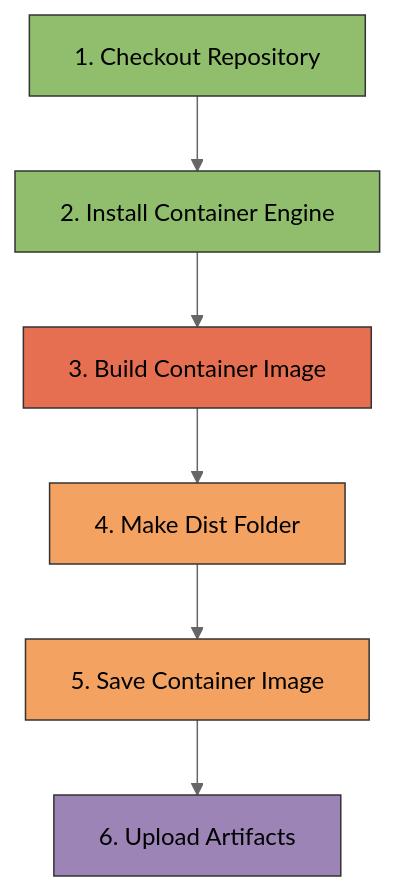
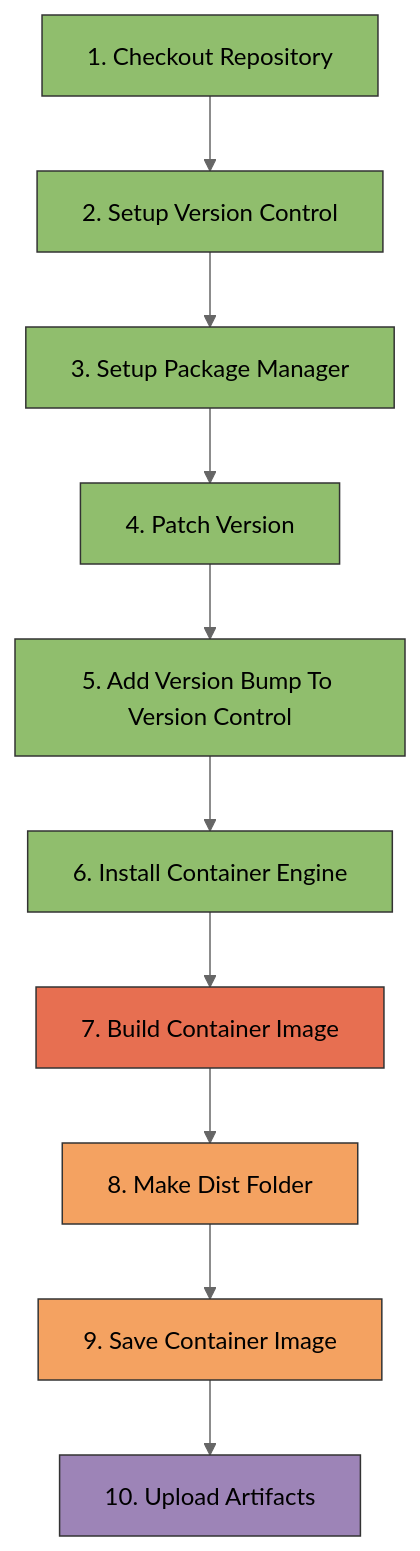
Before and after one commit to Winipedia/pyrig: the third of 3 diagrams in docs/configs/workflows/build.md, drawn with Mermaid (neutral theme). The commit also changed other lines of this file and 7 other files, not shown here.

Commit message:
wfs steps order and version patch for builds

````diff
--- a/docs/configs/workflows/build.md
+++ b/docs/configs/workflows/build.md
@@ -138,15 +149,23 @@
 ```mermaid
 graph TD
-    S1[1. Checkout Repository] --> S2[2. Install Container Engine]
-    S2 --> S3[3. Build Container Image]
-    S3 --> S4[4. Make Dist Folder]
-    S4 --> S5[5. Save Container Image]
-    S5 --> S6[6. Upload Artifacts]
+    S1[1. Checkout Repository] --> S2[2. Setup Version Control]
+    S2 --> S3[3. Setup Package Manager]
+    S3 --> S4[4. Patch Version]
+    S4 --> S5[5. Add Version Bump To Version Control]
+    S5 --> S6[6. Install Container Engine]
+    S6 --> S7[7. Build Container Image]
+    S7 --> S8[8. Make Dist Folder]
+    S8 --> S9[9. Save Container Image]
+    S9 --> S10[10. Upload Artifacts]
 
     style S1 fill:#90be6d,stroke:#333,stroke-width:1px,color:#000
     style S2 fill:#90be6d,stroke:#333,stroke-width:1px,color:#000
-    style S3 fill:#e76f51,stroke:#333,stroke-width:1px,color:#000
-    style S4 fill:#f4a261,stroke:#333,stroke-width:1px,color:#000
-    style S5 fill:#f4a261,stroke:#333,stroke-width:1px,color:#000
-    style S6 fill:#9d84b7,stroke:#333,stroke-width:1px,color:#000
+    style S3 fill:#90be6d,stroke:#333,stroke-width:1px,color:#000
+    style S4 fill:#90be6d,stroke:#333,stroke-width:1px,color:#000
+    style S5 fill:#90be6d,stroke:#333,stroke-width:1px,color:#000
+    style S6 fill:#90be6d,stroke:#333,stroke-width:1px,color:#000
+    style S7 fill:#e76f51,stroke:#333,stroke-width:1px,color:#000
+    style S8 fill:#f4a261,stroke:#333,stroke-width:1px,color:#000
+    style S9 fill:#f4a261,stroke:#333,stroke-width:1px,color:#000
+    style S10 fill:#9d84b7,stroke:#333,stroke-width:1px,color:#000
 ```
````
